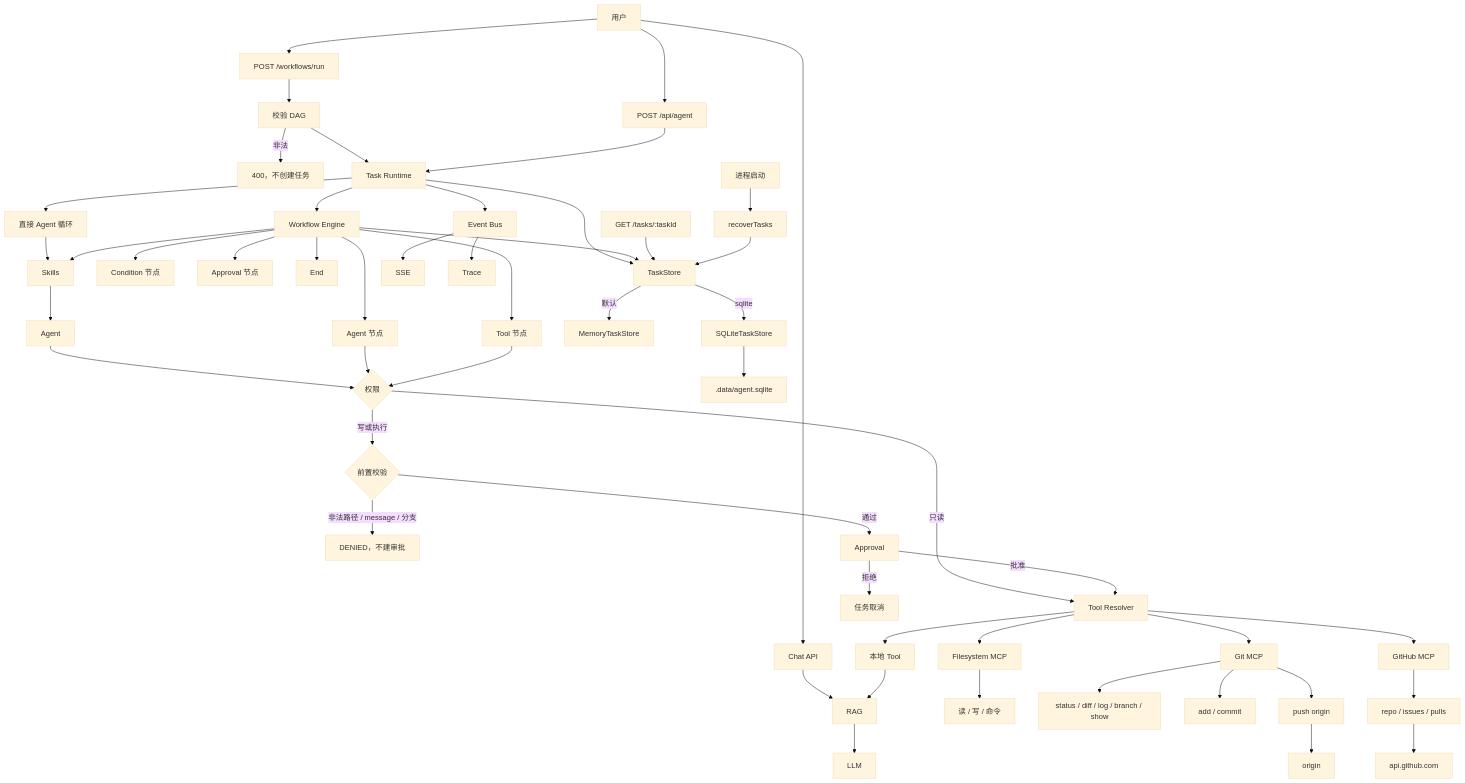
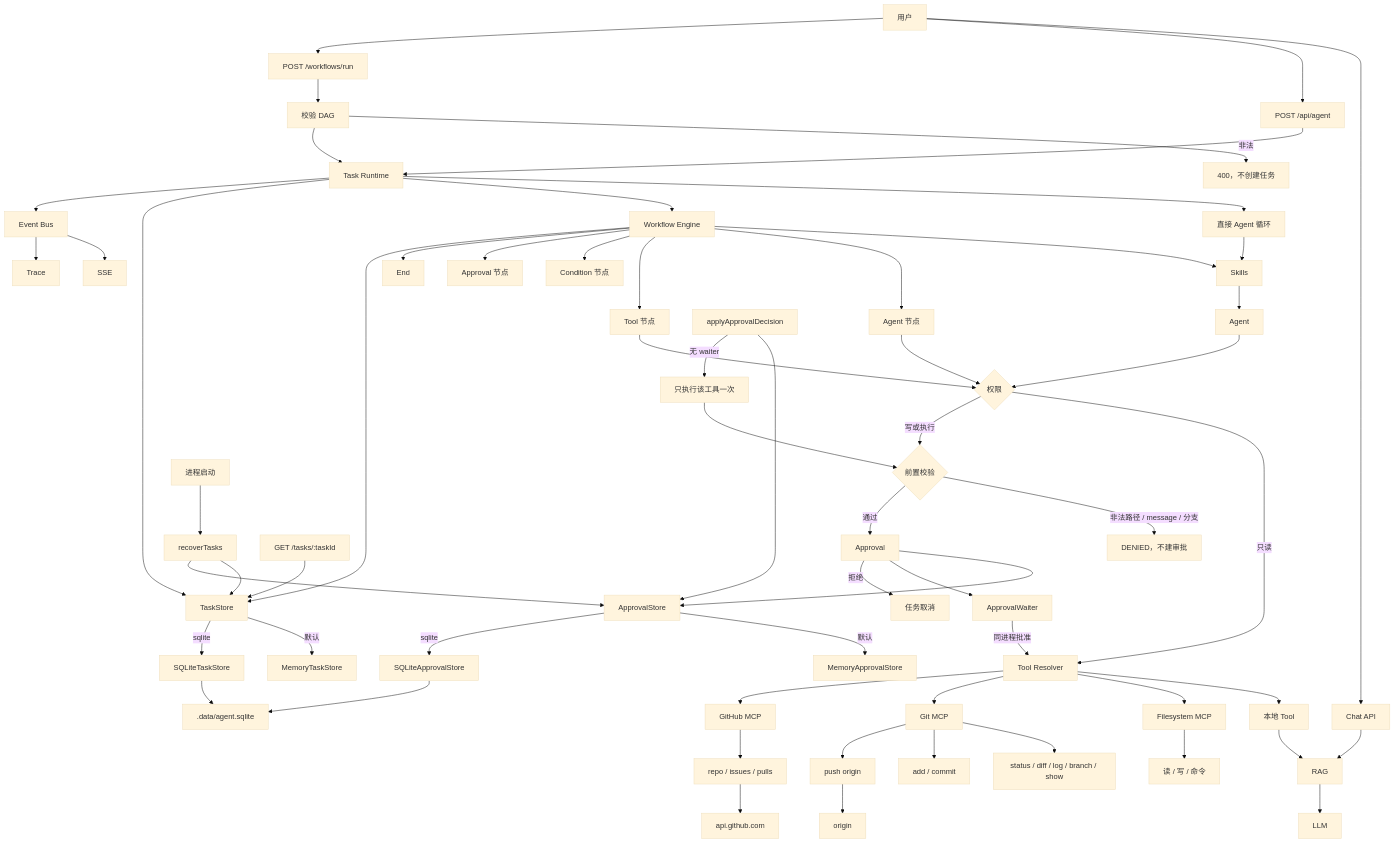
Before and after one commit to WaitingChen0117/agent-workbench: the diagram in README.md, drawn with Mermaid (base theme). The commit also changed other lines of this file and 2 other files, not shown here.

Commit message:
Add the v1.8.0 architecture as it existed when approvals could outlive the process.

````diff
--- a/README.md
+++ b/README.md
@@ -23,53 +24,62 @@
 ```mermaid
 flowchart TB
   user["用户"] --> chat["Chat API"]
   user --> post["POST /api/agent"]
   user --> wf["POST /workflows/run"]
   chat --> rag["RAG"] --> llm["LLM"]
   wf --> validator["校验 DAG"]
   validator -->|非法| bad["400，不创建任务"]
   validator --> runtime["Task Runtime"]
   post --> runtime
   runtime --> direct["直接 Agent 循环"]
   runtime --> engine["Workflow Engine"]
   direct --> skills["Skills"]
   engine --> skills
   skills --> agent["Agent"]
   engine --> agentNode["Agent 节点"]
   engine --> toolNode["Tool 节点"]
   engine --> cond["Condition 节点"]
   engine --> apprNode["Approval 节点"]
   engine --> endNode["End"]
   agent --> gate{"权限"}
   agentNode --> gate
   toolNode --> gate
   gate -->|只读| resolver["Tool Resolver"]
   gate -->|写或执行| guard{"前置校验"}
   guard -->|非法路径 / message / 分支| denied["DENIED，不建审批"]
   guard -->|通过| approval["Approval"]
-  approval -->|批准| resolver
+  approval --> apprStore["ApprovalStore"]
+  approval --> waiter["ApprovalWaiter"]
+  waiter -->|同进程批准| resolver
+  decision["applyApprovalDecision"] --> apprStore
+  decision -->|无 waiter| resume["只执行该工具一次"]
+  resume --> guard
+  apprStore -->|默认| apprMem["MemoryApprovalStore"]
+  apprStore -->|sqlite| apprSql["SQLiteApprovalStore"]
   approval -->|拒绝| cancel["任务取消"]
   resolver --> local["本地 Tool"]
   resolver --> fsmcp["Filesystem MCP"]
   resolver --> gitmcp["Git MCP"]
   resolver --> ghmcp["GitHub MCP"]
   local --> rag
   fsmcp --> files["读 / 写 / 命令"]
   gitmcp --> gitRead["status / diff / log / branch / show"]
   gitmcp --> gitWrite["add / commit"]
   gitmcp --> push["push origin"]
   push --> origin["origin"]
   ghmcp --> gh["repo / issues / pulls"]
   gh --> api["api.github.com"]
   runtime --> store["TaskStore"]
   engine --> store
   getTask["GET /tasks/:taskId"] --> store
   store -->|默认| memory["MemoryTaskStore"]
   store -->|sqlite| sqlite["SQLiteTaskStore"]
   sqlite --> db[".data/agent.sqlite"]
+  apprSql --> db
   boot["进程启动"] --> recover["recoverTasks"]
   recover --> store
+  recover --> apprStore
   runtime --> bus["Event Bus"]
   bus --> sse["SSE"]
   bus --> trace["Trace"]
 ```
````
